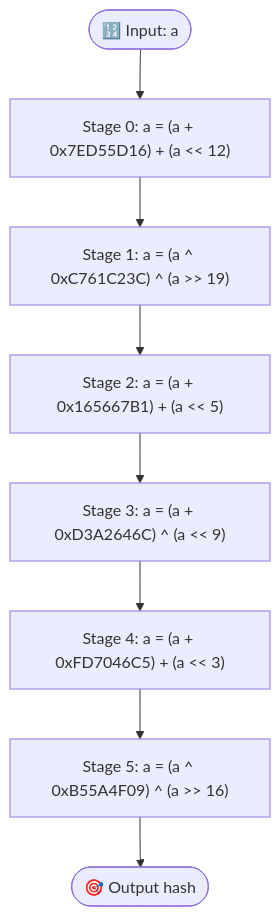
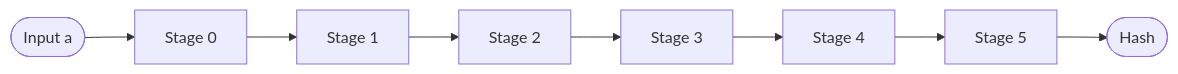
The fourth of 4 diagrams in content/posts/anthropic-performance-takehome-deep-dive.md (trirpi/trirpi.github.io), drawn with Mermaid before and after one commit. The commit also changed other lines of this file, not shown here.

Commit message:
Make Mermaid diagrams horizontal and more compact

````diff
--- a/content/posts/anthropic-performance-takehome-deep-dive.md
+++ b/content/posts/anthropic-performance-takehome-deep-dive.md
@@ -177,11 +141,4 @@
 ```mermaid
-flowchart TD
-    IN(["🔢 Input: a"]) --> S0
-    S0["Stage 0: a = (a + 0x7ED55D16) + (a << 12)"] --> S1
-    S1["Stage 1: a = (a ^ 0xC761C23C) ^ (a >> 19)"] --> S2
-    S2["Stage 2: a = (a + 0x165667B1) + (a << 5)"] --> S3
-    S3["Stage 3: a = (a + 0xD3A2646C) ^ (a << 9)"] --> S4
-    S4["Stage 4: a = (a + 0xFD7046C5) + (a << 3)"] --> S5
-    S5["Stage 5: a = (a ^ 0xB55A4F09) ^ (a >> 16)"] --> OUT
-    OUT(["🎯 Output hash"])
+flowchart LR
+    IN(["Input a"]) --> S0["Stage 0"] --> S1["Stage 1"] --> S2["Stage 2"] --> S3["Stage 3"] --> S4["Stage 4"] --> S5["Stage 5"] --> OUT(["Hash"])
 ```
````
